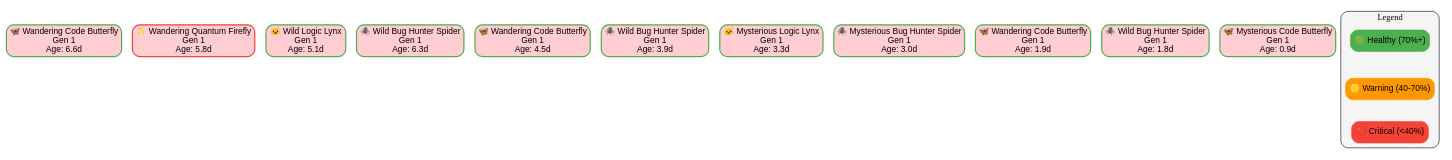
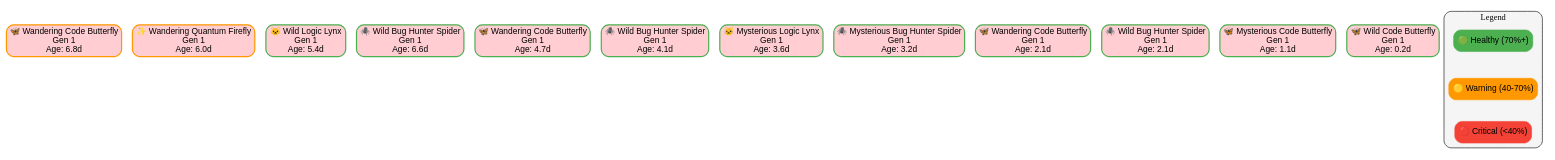
Before and after one commit to batmac/digital-ecosystem: the diagram in .ecosystem/visualizations/family_tree.dot, drawn with Graphviz. The commit also changed 7 other files, not shown here.

```diff
--- a/.ecosystem/visualizations/family_tree.dot
+++ b/.ecosystem/visualizations/family_tree.dot
@@ -1,100 +1,107 @@
 
 digraph EcosystemFamilyTree {
     rankdir=TB;
     node [shape=box, style="rounded,filled", fontname="Arial"];
     edge [fontname="Arial"];
     
     // Style pour différentes générations
     node [fillcolor="#E3F2FD"];
 
         "code_butterfly_1753392858_5357" [
-            label="🦋 Wandering Code Butterfly\nGen 1\nAge: 6.6d",
+            label="🦋 Wandering Code Butterfly\nGen 1\nAge: 6.8d",
             fillcolor="#FFCDD2",
-            color="#4CAF50",
+            color="#FF9800",
             penwidth=2
         ];
     
         "quantum_firefly_1753393678_6656" [
-            label="✨ Wandering Quantum Firefly\nGen 1\nAge: 5.8d",
+            label="✨ Wandering Quantum Firefly\nGen 1\nAge: 6.0d",
             fillcolor="#FFCDD2",
-            color="#F44336",
+            color="#FF9800",
             penwidth=2
         ];
     
         "logic_lynx_1753394863_7694" [
-            label="🐱 Wild Logic Lynx\nGen 1\nAge: 5.1d",
+            label="🐱 Wild Logic Lynx\nGen 1\nAge: 5.4d",
             fillcolor="#FFCDD2",
             color="#4CAF50",
             penwidth=2
         ];
     
         "bug_hunter_spider_1753395214_1998" [
-            label="🕷️ Wild Bug Hunter Spider\nGen 1\nAge: 6.3d",
+            label="🕷️ Wild Bug Hunter Spider\nGen 1\nAge: 6.6d",
             fillcolor="#FFCDD2",
             color="#4CAF50",
             penwidth=2
         ];
     
         "code_butterfly_1753397153_5909" [
-            label="🦋 Wandering Code Butterfly\nGen 1\nAge: 4.5d",
+            label="🦋 Wandering Code Butterfly\nGen 1\nAge: 4.7d",
             fillcolor="#FFCDD2",
             color="#4CAF50",
             penwidth=2
         ];
     
         "bug_hunter_spider_1753401059_2910" [
-            label="🕷️ Wild Bug Hunter Spider\nGen 1\nAge: 3.9d",
+            label="🕷️ Wild Bug Hunter Spider\nGen 1\nAge: 4.1d",
             fillcolor="#FFCDD2",
             color="#4CAF50",
             penwidth=2
         ];
     
         "logic_lynx_1753403721_9188" [
-            label="🐱 Mysterious Logic Lynx\nGen 1\nAge: 3.3d",
+            label="🐱 Mysterious Logic Lynx\nGen 1\nAge: 3.6d",
             fillcolor="#FFCDD2",
             color="#4CAF50",
             penwidth=2
         ];
     
         "bug_hunter_spider_1753404040_5672" [
-            label="🕷️ Mysterious Bug Hunter Spider\nGen 1\nAge: 3.0d",
+            label="🕷️ Mysterious Bug Hunter Spider\nGen 1\nAge: 3.2d",
             fillcolor="#FFCDD2",
             color="#4CAF50",
             penwidth=2
         ];
     
         "code_butterfly_1753404111_1732" [
-            label="🦋 Wandering Code Butterfly\nGen 1\nAge: 1.9d",
+            label="🦋 Wandering Code Butterfly\nGen 1\nAge: 2.1d",
             fillcolor="#FFCDD2",
             color="#4CAF50",
             penwidth=2
         ];
     
         "bug_hunter_spider_1753417286_4988" [
-            label="🕷️ Wild Bug Hunter Spider\nGen 1\nAge: 1.8d",
+            label="🕷️ Wild Bug Hunter Spider\nGen 1\nAge: 2.1d",
             fillcolor="#FFCDD2",
             color="#4CAF50",
             penwidth=2
         ];
     
         "code_butterfly_1753431031_8187" [
-            label="🦋 Mysterious Code Butterfly\nGen 1\nAge: 0.9d",
+            label="🦋 Mysterious Code Butterfly\nGen 1\nAge: 1.1d",
+            fillcolor="#FFCDD2",
+            color="#4CAF50",
+            penwidth=2
+        ];
+    
+        "code_butterfly_1753431996_4261" [
+            label="🦋 Wild Code Butterfly\nGen 1\nAge: 0.2d",
             fillcolor="#FFCDD2",
             color="#4CAF50",
             penwidth=2
         ];
     
     
     // Légende
     subgraph cluster_legend {
         label="Legend";
         style="rounded,filled";
         fillcolor="#F5F5F5";
         
         legend1 [label="🟢 Healthy (70%+)", fillcolor="#4CAF50", color="#4CAF50"];
         legend2 [label="🟡 Warning (40-70%)", fillcolor="#FF9800", color="#FF9800"];
         legend3 [label="🔴 Critical (<40%)", fillcolor="#F44336", color="#F44336"];
         
         legend1 -> legend2 -> legend3 [style=invis];
     }
 }
```
